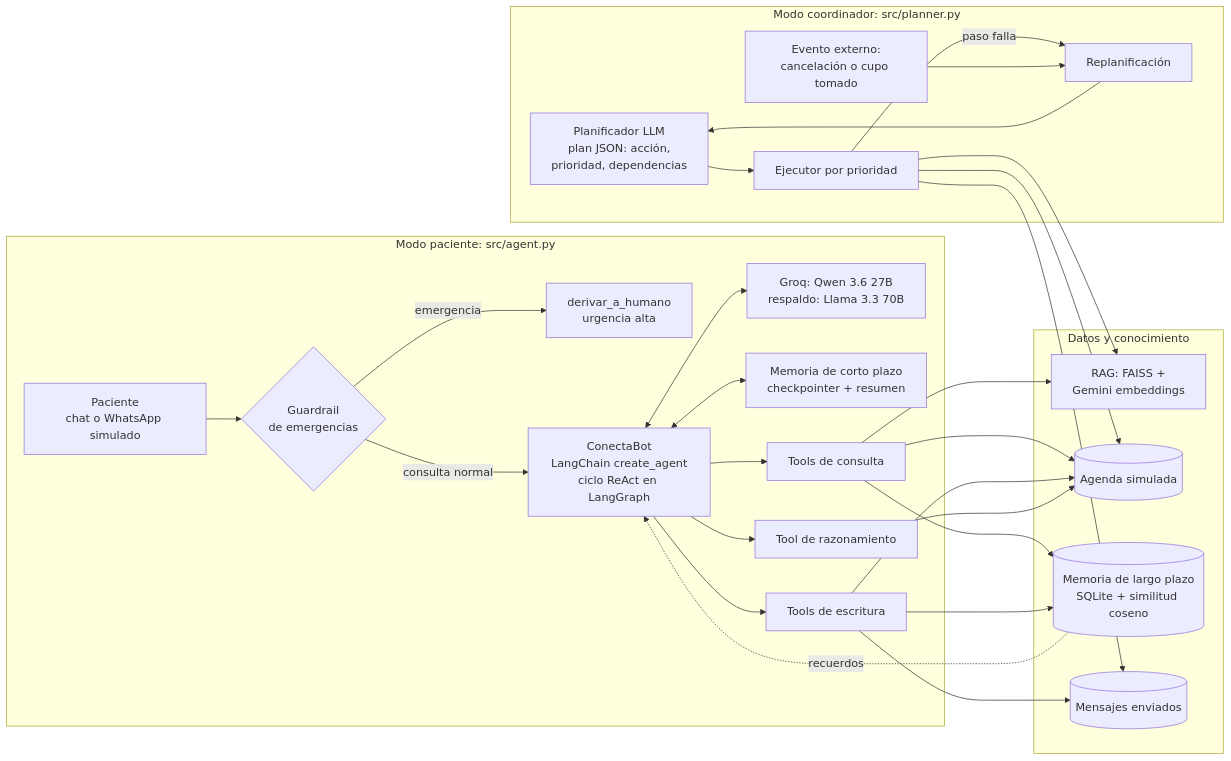
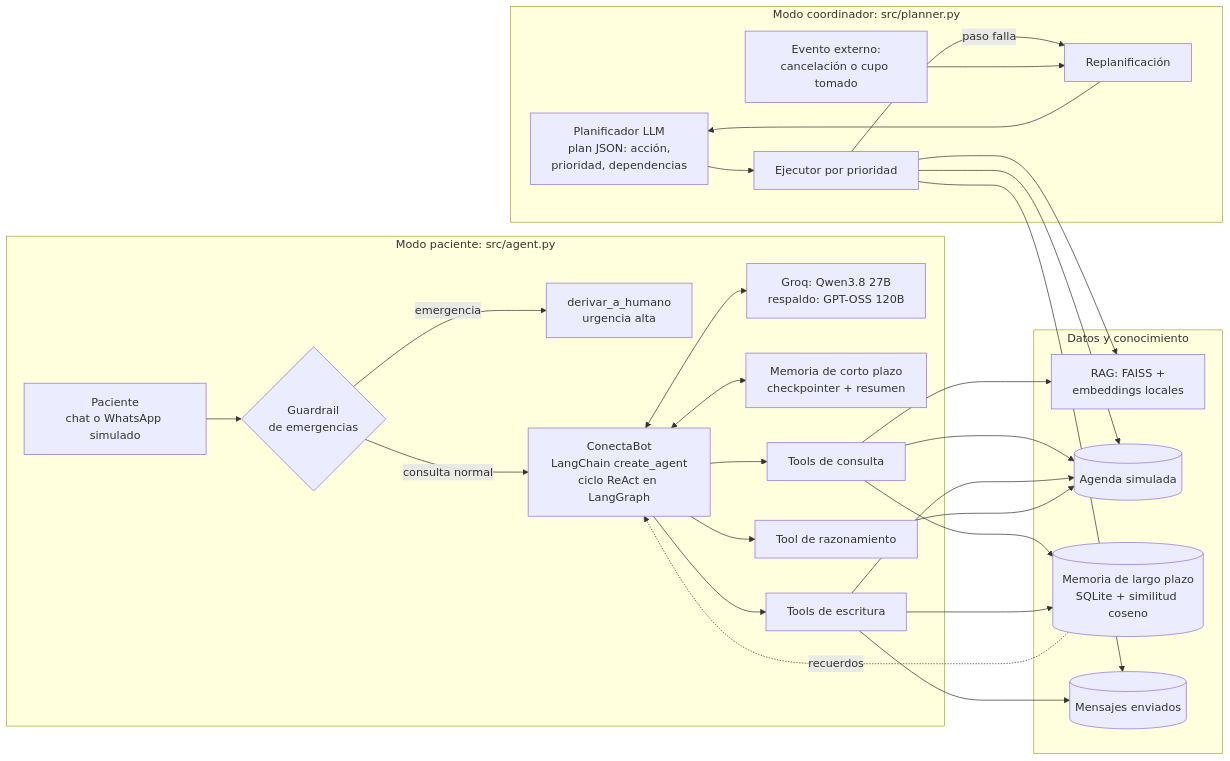
The diagram in docs/arquitectura_ep2.mmd (BenjaminHeresmann/SaludConecta-IA), drawn with Mermaid before and after one commit. The commit also changed 11 other files, not shown here.

First line of the commit message:
Groq qwen3.8-27b, embeddings locales por defecto y FAISS en bytes

```diff
--- a/docs/arquitectura_ep2.mmd
+++ b/docs/arquitectura_ep2.mmd
@@ -1,34 +1,34 @@
 flowchart LR
     subgraph PAC[Modo paciente: src/agent.py]
         U[Paciente<br/>chat o WhatsApp simulado] --> G{Guardrail<br/>de emergencias}
         G -- emergencia --> H[derivar_a_humano<br/>urgencia alta]
         G -- consulta normal --> A[ConectaBot<br/>LangChain create_agent<br/>ciclo ReAct en LangGraph]
-        A <--> LLM[Groq: Qwen 3.6 27B<br/>respaldo: Llama 3.3 70B]
+        A <--> LLM[Groq: Qwen3.8 27B<br/>respaldo: GPT-OSS 120B]
         A <--> MC[Memoria de corto plazo<br/>checkpointer + resumen]
         A --> TC[Tools de consulta]
         A --> TE[Tools de escritura]
         A --> TR[Tool de razonamiento]
     end
     subgraph DAT[Datos y conocimiento]
-        RAG[RAG: FAISS +<br/>Gemini embeddings]
+        RAG[RAG: FAISS +<br/>embeddings locales]
         AG[(Agenda simulada)]
         ML[(Memoria de largo plazo<br/>SQLite + similitud coseno)]
         WA[(Mensajes enviados)]
     end
     subgraph COO[Modo coordinador: src/planner.py]
         PL[Planificador LLM<br/>plan JSON: acción,<br/>prioridad, dependencias] --> EJ[Ejecutor por prioridad]
         EJ -- paso falla --> RP[Replanificación]
         EV[Evento externo:<br/>cancelación o cupo tomado] --> RP
         RP --> PL
     end
     ML -. recuerdos .-> A
     TC --> RAG
     TC --> AG
     TC --> ML
     TE --> AG
     TE --> WA
     TE --> ML
     TR --> AG
     EJ --> AG
     EJ --> RAG
     EJ --> WA
```
